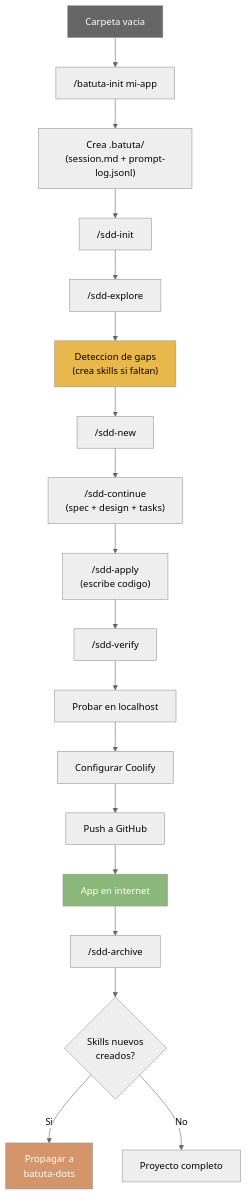
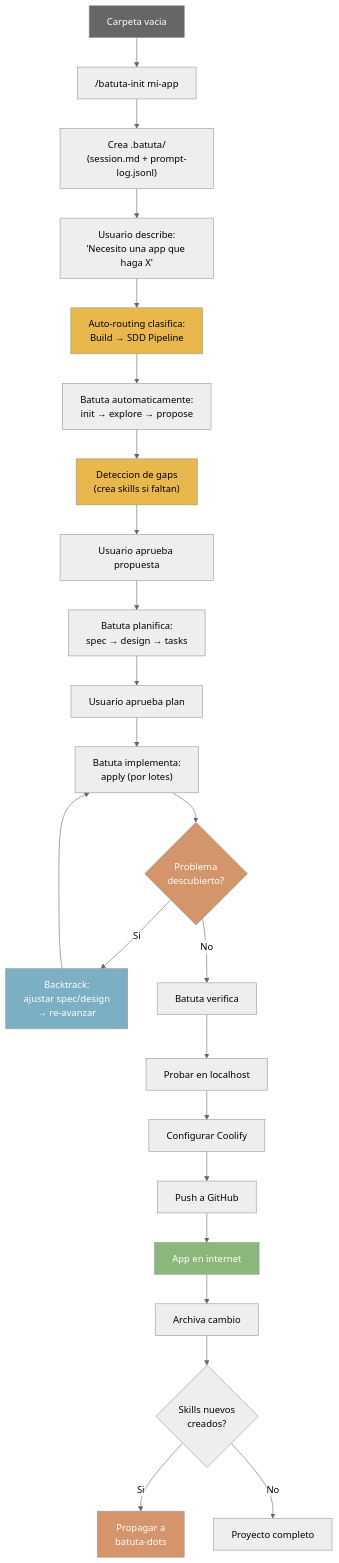
One commit to jota-batuta/batuta-dots changed diagram 17 of 24 in docs/architecture/arquitectura-diagrama.md. Above: the diagram before and after it, drawn with Mermaid (neutral theme). The commit also changed other lines of this file and 11 other files, not shown here.

First line of the commit message:
feat: add auto-routing and state machine with backtracking to SDD pipeline

````diff
--- a/docs/architecture/arquitectura-diagrama.md
+++ b/docs/architecture/arquitectura-diagrama.md
@@ -608,32 +626,43 @@
 ```mermaid
 flowchart TD
     EMPTY["Carpeta vacia"]
     INIT_CMD["/batuta-init mi-app"]
     BATUTA_DIR["Crea .batuta/<br/>(session.md + prompt-log.jsonl)"]
-    SDD_INIT["/sdd-init"]
-    SDD_EXPLORE["/sdd-explore"]
+    DESCRIBE["Usuario describe:<br/>'Necesito una app que haga X'"]
+    AUTOROUTE["Auto-routing clasifica:<br/>Build → SDD Pipeline"]
+    SDD_AUTO["Batuta automaticamente:<br/>init → explore → propose"]
     GAP["Deteccion de gaps<br/>(crea skills si faltan)"]
-    SDD_NEW["/sdd-new"]
-    SDD_CONTINUE["/sdd-continue<br/>(spec + design + tasks)"]
-    SDD_APPLY["/sdd-apply<br/>(escribe codigo)"]
-    SDD_VERIFY["/sdd-verify"]
+    APPROVAL["Usuario aprueba propuesta"]
+    PLAN["Batuta planifica:<br/>spec → design → tasks"]
+    APPROVAL2["Usuario aprueba plan"]
+    SDD_APPLY["Batuta implementa:<br/>apply (por lotes)"]
+    BACKTRACK{"Problema<br/>descubierto?"}
+    RETHINK["Backtrack:<br/>ajustar spec/design<br/>→ re-avanzar"]
+    SDD_VERIFY["Batuta verifica"]
     TEST["Probar en localhost"]
     DEPLOY["Configurar Coolify"]
     PUSH["Push a GitHub"]
     LIVE["App en internet"]
-    SDD_ARCHIVE["/sdd-archive"]
+    SDD_ARCHIVE["Archiva cambio"]
     UPDATE{"Skills nuevos<br/>creados?"}
     PROPAGATE["Propagar a<br/>batuta-dots"]
 
-    EMPTY --> INIT_CMD --> BATUTA_DIR --> SDD_INIT --> SDD_EXPLORE --> GAP
-    GAP --> SDD_NEW --> SDD_CONTINUE --> SDD_APPLY --> SDD_VERIFY
+    EMPTY --> INIT_CMD --> BATUTA_DIR --> DESCRIBE --> AUTOROUTE
+    AUTOROUTE --> SDD_AUTO --> GAP --> APPROVAL
+    APPROVAL --> PLAN --> APPROVAL2 --> SDD_APPLY
+    SDD_APPLY --> BACKTRACK
+    BACKTRACK -->|"Si"| RETHINK --> SDD_APPLY
+    BACKTRACK -->|"No"| SDD_VERIFY
     SDD_VERIFY --> TEST --> DEPLOY --> PUSH --> LIVE
     LIVE --> SDD_ARCHIVE --> UPDATE
     UPDATE -->|"Si"| PROPAGATE
     UPDATE -->|"No"| FIN["Proyecto completo"]
 
     style EMPTY fill:#666,color:#fff
     style LIVE fill:#8BB87A,color:#fff
     style GAP fill:#E8B84D,color:#000
     style PROPAGATE fill:#D4956A,color:#fff
+    style AUTOROUTE fill:#E8B84D,color:#000
+    style BACKTRACK fill:#D4956A,color:#fff
+    style RETHINK fill:#7AAFC4,color:#fff
 ```
````
